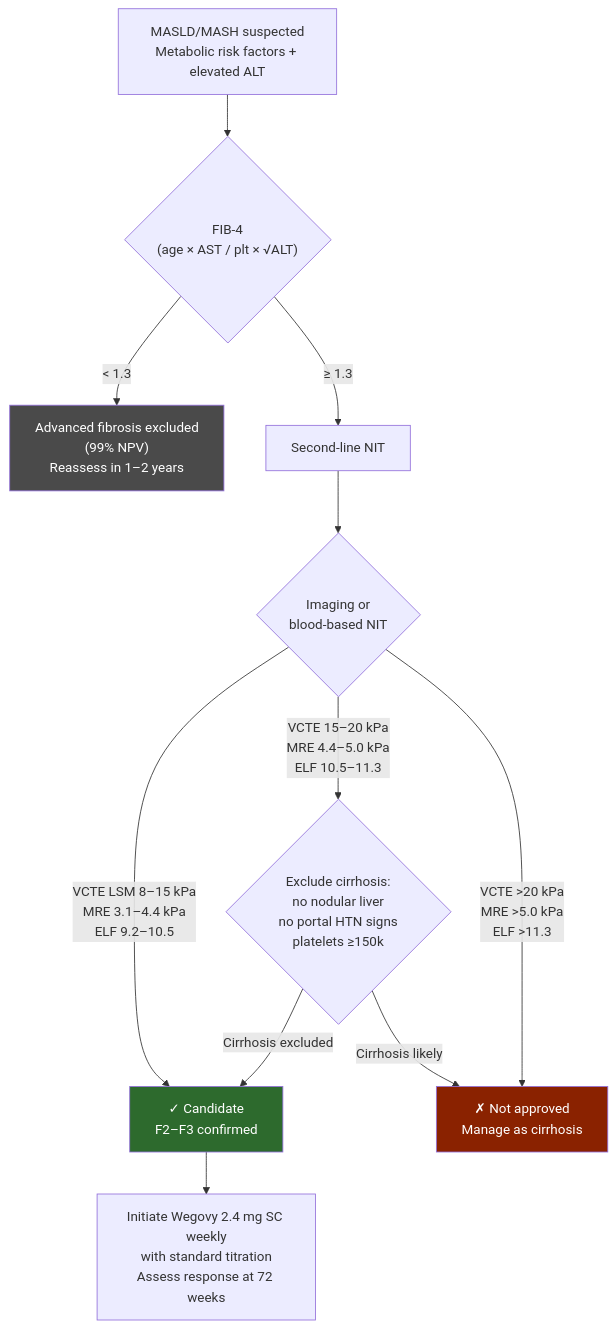
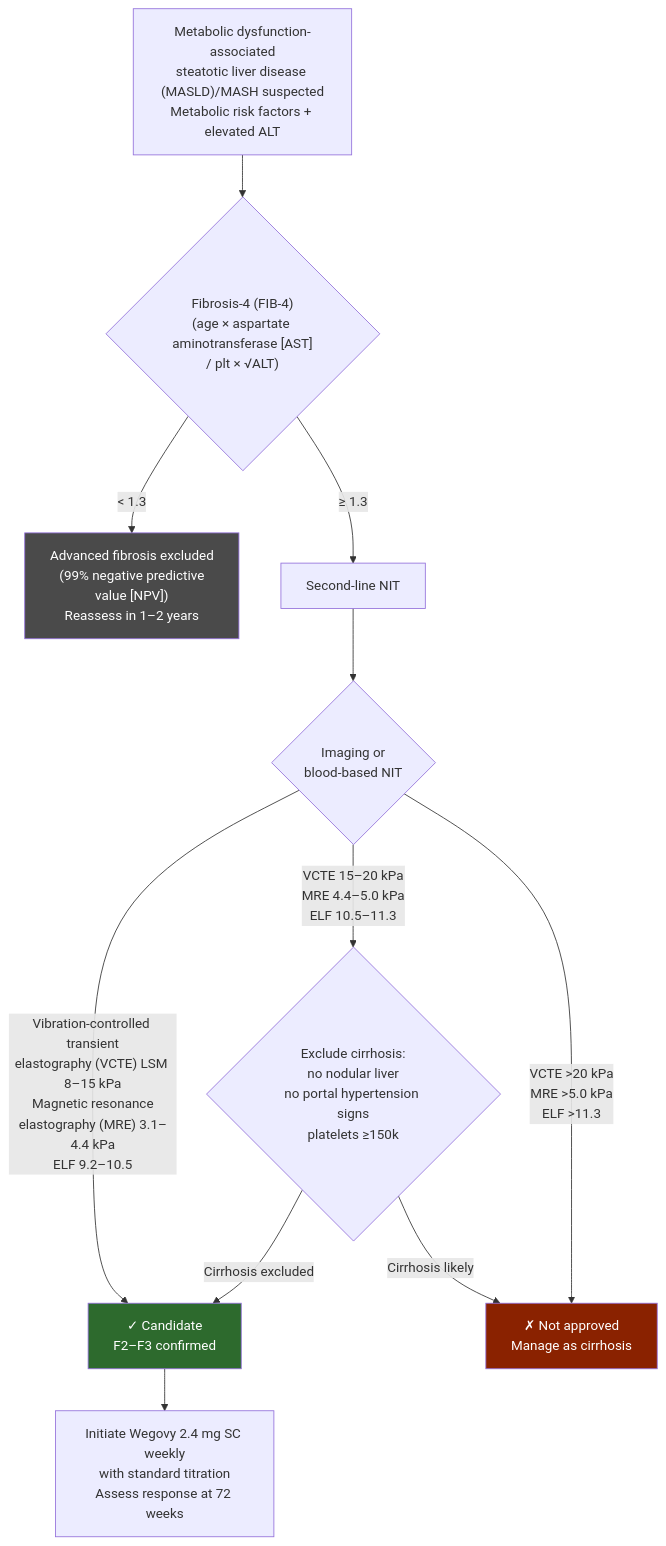
The diagram in KHNL-GI-Wiki/wiki/5-meds/semaglutide.md (KHNickLeMD/KHNL-GI-Wiki), drawn with Mermaid before and after one commit. The commit also changed other lines of this file and 620 other files, not shown here.

````diff
--- a/KHNL-GI-Wiki/wiki/5-meds/semaglutide.md
+++ b/KHNL-GI-Wiki/wiki/5-meds/semaglutide.md
@@ -70,16 +70,16 @@
 ```mermaid
 flowchart TD
-    A["MASLD/MASH suspected<br/>Metabolic risk factors + elevated ALT"] --> B{"FIB-4<br/>(age × AST / plt × √ALT)"}
-    B -->|"< 1.3"| C["Advanced fibrosis excluded<br/>(99% NPV)<br/>Reassess in 1–2 years"]
+    A["Metabolic dysfunction-associated<br/>steatotic liver disease (MASLD)/MASH suspected<br/>Metabolic risk factors + elevated ALT"] --> B{"Fibrosis-4 (FIB-4)<br/>(age × aspartate aminotransferase [AST]<br/>/ plt × √ALT)"}
+    B -->|"< 1.3"| C["Advanced fibrosis excluded<br/>(99% negative predictive<br/>value [NPV])<br/>Reassess in 1–2 years"]
     B -->|"≥ 1.3"| D["Second-line NIT"]
     D --> E{"Imaging or<br/>blood-based NIT"}
-    E -->|"VCTE LSM 8–15 kPa<br/>MRE 3.1–4.4 kPa<br/>ELF 9.2–10.5"| F["✓ Candidate<br/>F2–F3 confirmed"]
-    E -->|"VCTE 15–20 kPa<br/>MRE 4.4–5.0 kPa<br/>ELF 10.5–11.3"| G{"Exclude cirrhosis:<br/>no nodular liver<br/>no portal HTN signs<br/>platelets ≥150k"}
+    E -->|"Vibration-controlled transient<br/>elastography (VCTE) LSM 8–15 kPa<br/>Magnetic resonance<br/>elastography (MRE) 3.1–4.4 kPa<br/>ELF 9.2–10.5"| F["✓ Candidate<br/>F2–F3 confirmed"]
+    E -->|"VCTE 15–20 kPa<br/>MRE 4.4–5.0 kPa<br/>ELF 10.5–11.3"| G{"Exclude cirrhosis:<br/>no nodular liver<br/>no portal hypertension signs<br/>platelets ≥150k"}
     G -->|"Cirrhosis excluded"| F
     G -->|"Cirrhosis likely"| H["✗ Not approved<br/>Manage as cirrhosis"]
     E -->|"VCTE >20 kPa<br/>MRE >5.0 kPa<br/>ELF >11.3"| H
     F --> I["Initiate Wegovy 2.4 mg SC weekly<br/>with standard titration<br/>Assess response at 72 weeks"]
     style F fill:#2d6a2d,color:#fff
     style H fill:#8a2200,color:#fff
     style C fill:#4a4a4a,color:#fff
 ```
````
